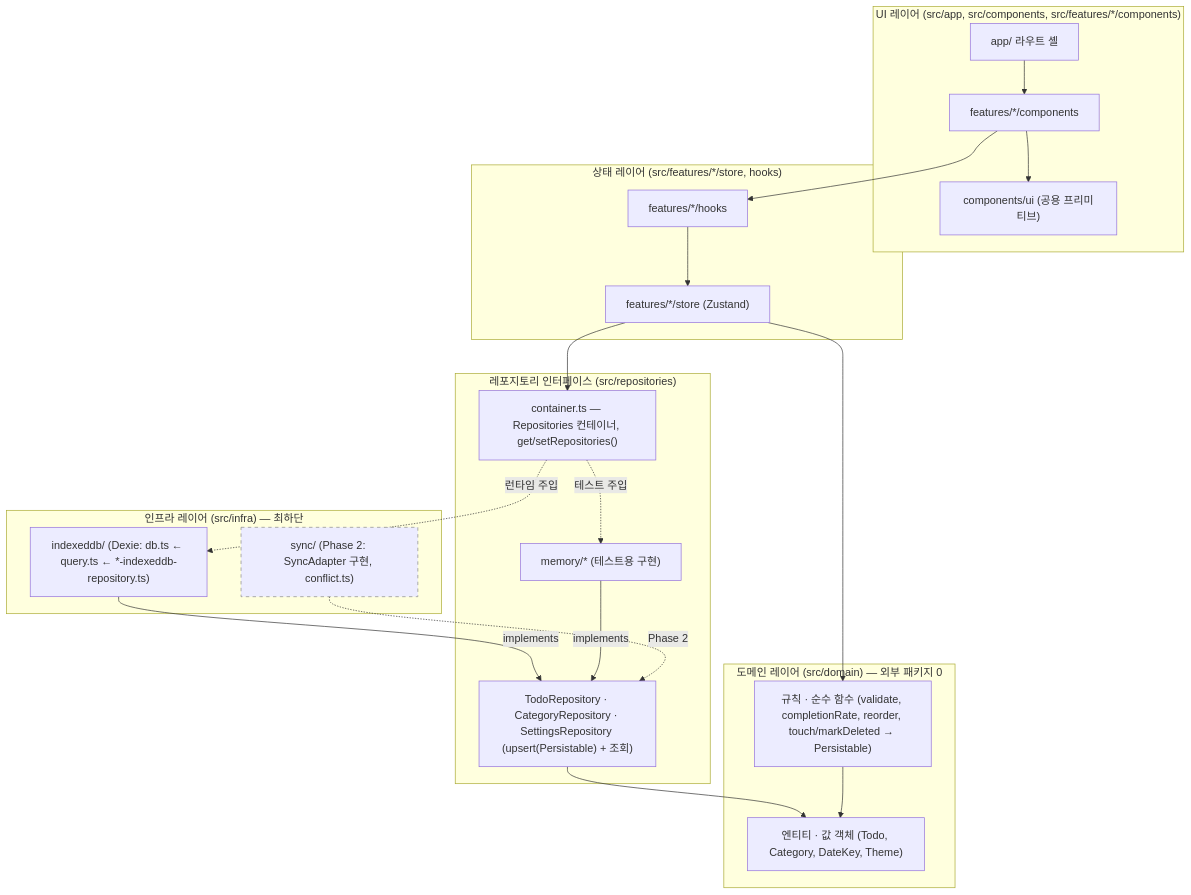
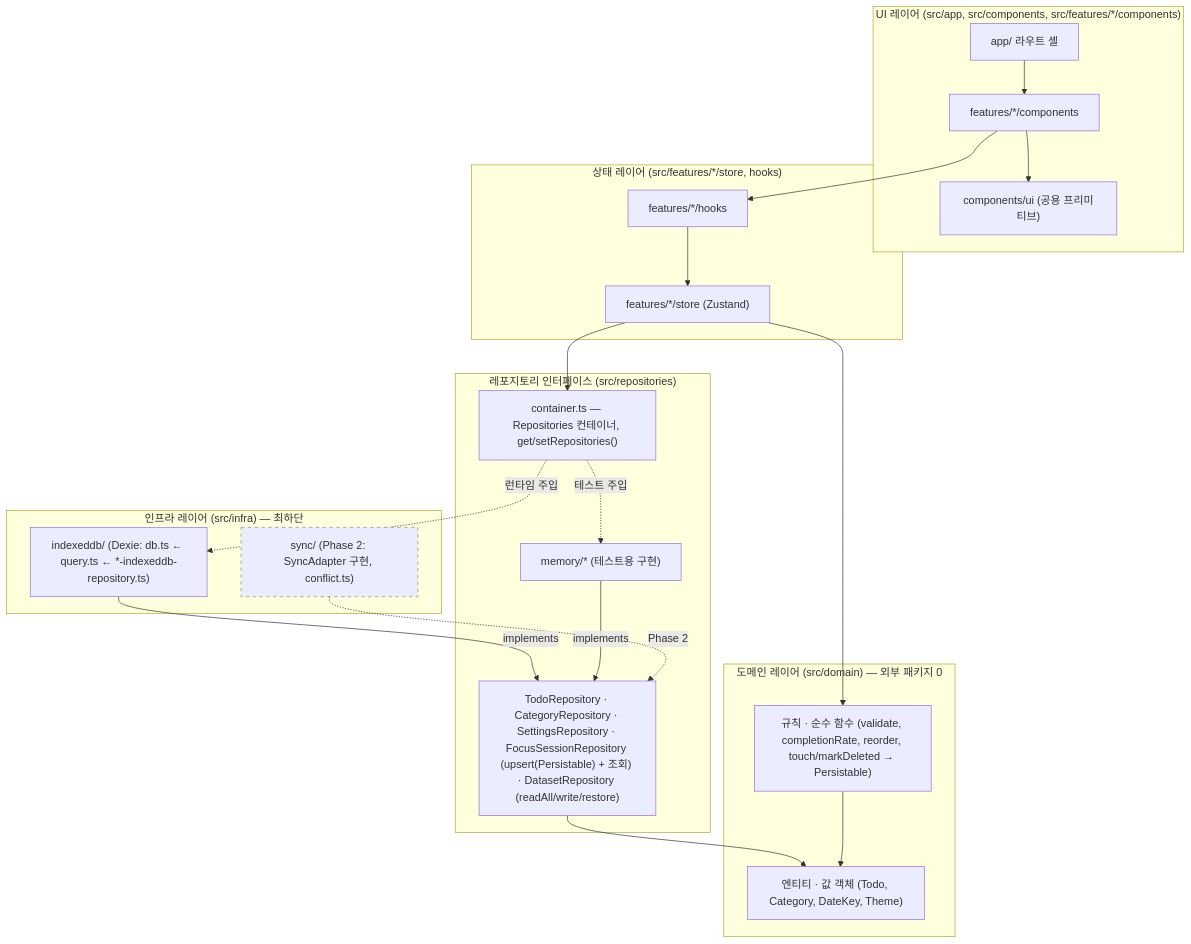
The diagram in docs/ARCHITECTURE.md (alfks/Tasky), drawn with Mermaid before and after one commit. The commit also changed other lines of this file and 1 other file, not shown here.

First line of the commit message:
docs(architecture): §4 데이터 모델을 MVP 확정 스키마로 갱신

````diff
--- a/docs/ARCHITECTURE.md
+++ b/docs/ARCHITECTURE.md
@@ -10,34 +10,34 @@
 ```mermaid
 flowchart TB
   subgraph UI["UI 레이어  (src/app, src/components, src/features/*/components)"]
     APP["app/ 라우트 셸"] --> FC["features/*/components"]
     FC --> CU["components/ui (공용 프리미티브)"]
   end
   subgraph STATE["상태 레이어  (src/features/*/store, hooks)"]
     HK["features/*/hooks"] --> ST["features/*/store (Zustand)"]
   end
   subgraph DOMAIN["도메인 레이어  (src/domain)  — 외부 패키지 0"]
     EN["엔티티 · 값 객체 (Todo, Category, DateKey, Theme)"]
     RU["규칙 · 순수 함수 (validate, completionRate, reorder, touch/markDeleted → Persistable)"]
   end
   subgraph PORT["레포지토리 인터페이스  (src/repositories)"]
-    RI["TodoRepository · CategoryRepository · SettingsRepository (upsert(Persistable) + 조회)"]
+    RI["TodoRepository · CategoryRepository · SettingsRepository · FocusSessionRepository (upsert(Persistable) + 조회) · DatasetRepository (readAll/write/restore)"]
     RM["memory/* (테스트용 구현)"]
     RC["container.ts — Repositories 컨테이너, get/setRepositories()"]
   end
   subgraph INFRA["인프라 레이어  (src/infra)  — 최하단"]
     IDB["indexeddb/ (Dexie: db.ts ← query.ts ← *-indexeddb-repository.ts)"]
     SYNC["sync/ (Phase 2: SyncAdapter 구현, conflict.ts)"]:::ext
   end
   FC --> HK
   ST --> RU
   ST --> RC
   RC -. 런타임 주입 .-> IDB
   RC -. 테스트 주입 .-> RM
   IDB -- implements --> RI
   RM -- implements --> RI
   RI --> EN
   RU --> EN
   SYNC -. Phase 2 .-> RI
   classDef ext stroke-dasharray: 5 5,stroke:#888;
 ```
````
